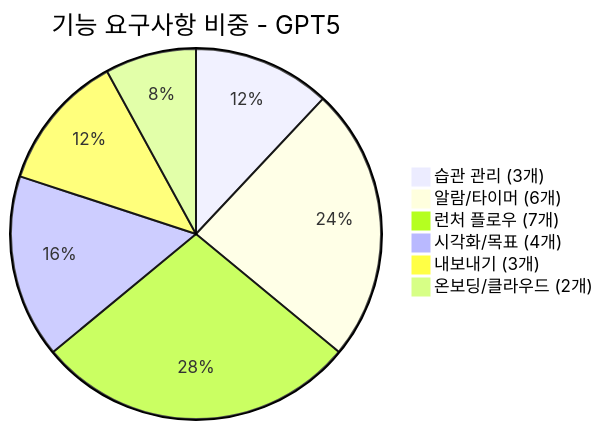
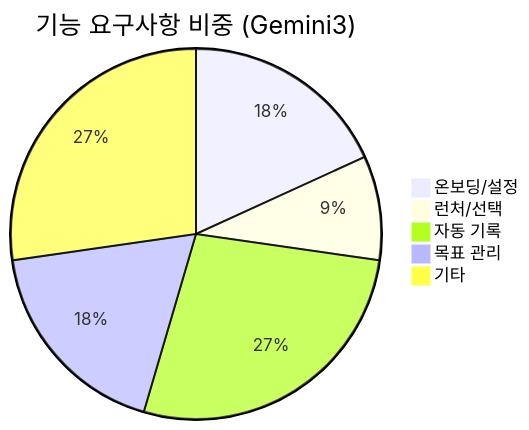
Before and after one commit to lindaleeeee/Digital-minimalist-project-Self-development: the second of 7 diagrams in Digital-minimalist-project_Self-development/5-3.SRS-GPT5-GEMINI3비교.md, drawn with Mermaid. The commit also changed other lines of this file and 63 other files, not shown here.

````diff
--- a/Digital-minimalist-project_Self-development/5-3.SRS-GPT5-GEMINI3비교.md
+++ b/Digital-minimalist-project_Self-development/5-3.SRS-GPT5-GEMINI3비교.md
@@ -104,9 +100,8 @@
 ```mermaid
-pie title 기능 요구사항 비중 - GPT5
-    "습관 관리 (3개)" : 12.5
-    "알람/타이머 (6개)" : 25
-    "런처 플로우 (7개)" : 29.2
-    "시각화/목표 (4개)" : 16.7
-    "내보내기 (3개)" : 12.5
-    "온보딩/클라우드 (2개)" : 8.3
+pie title 기능 요구사항 비중 (Gemini3)
+"온보딩/설정" : 2
+"런처/선택" : 1
+"자동 기록" : 3
+"목표 관리" : 2
+"기타" : 3
 ```
````
